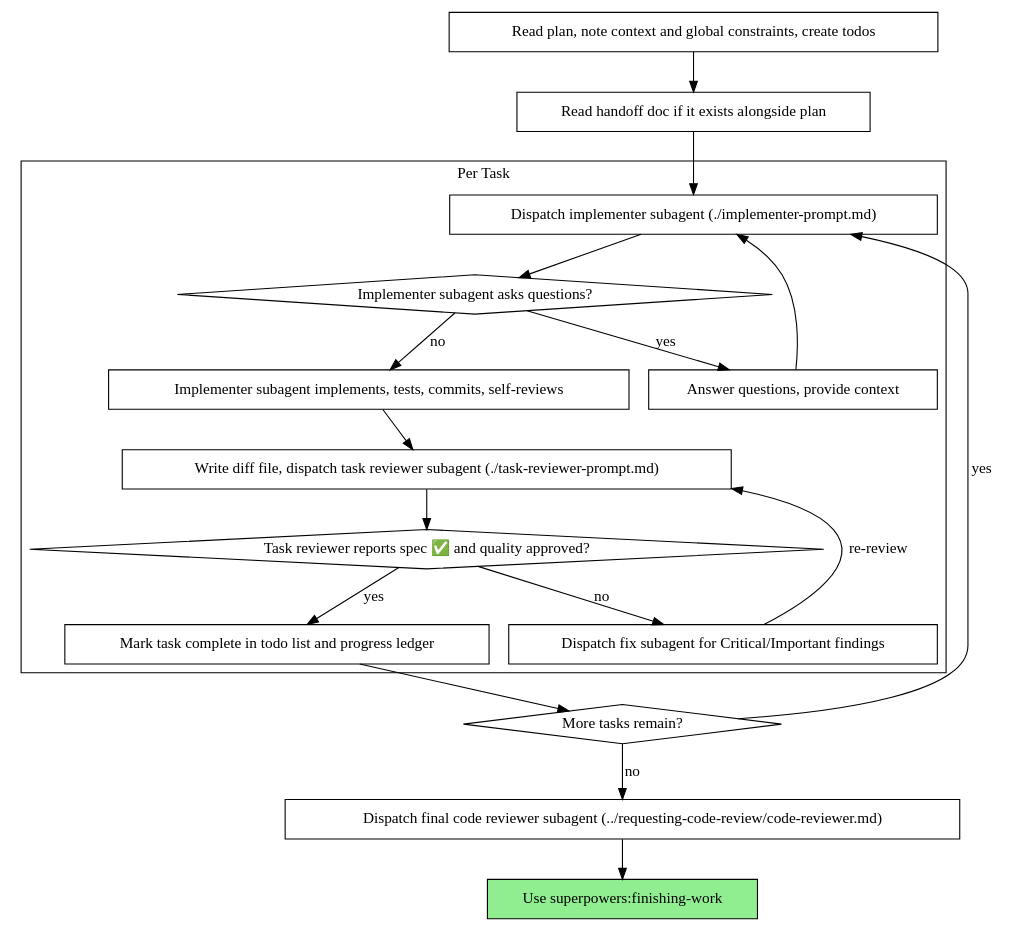
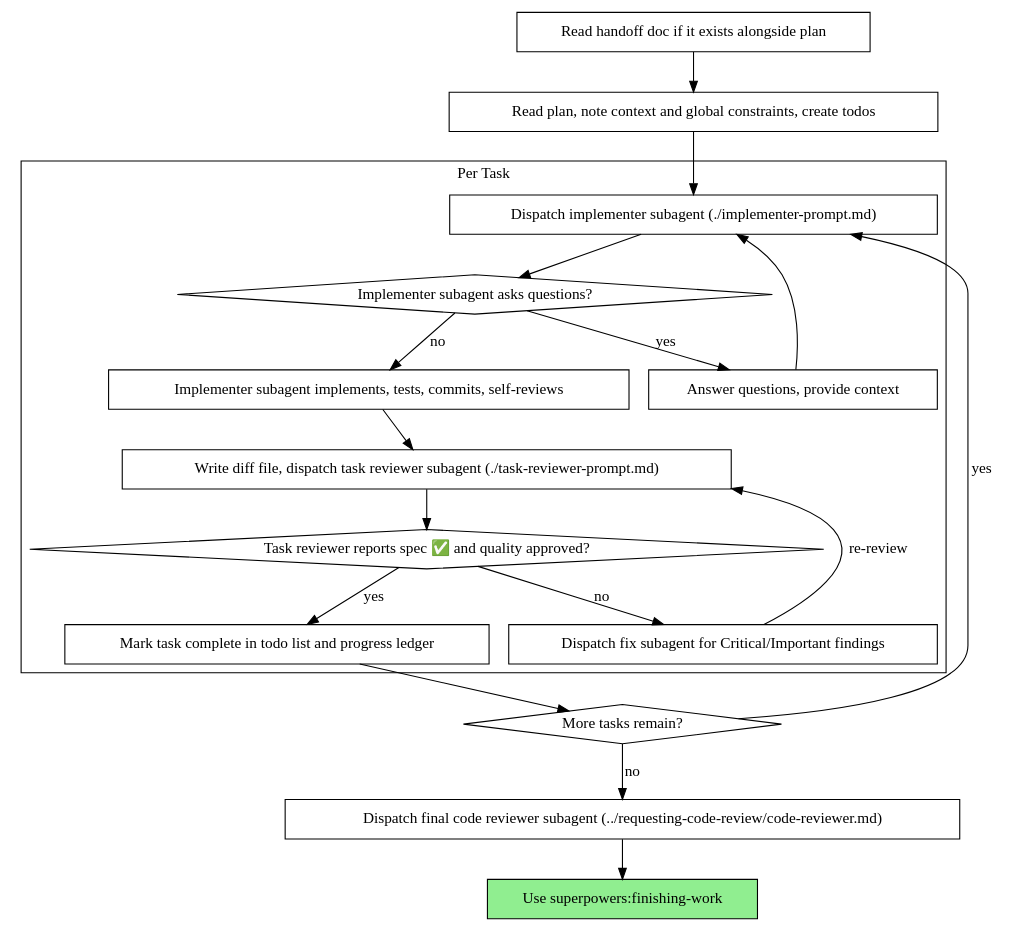
One commit to jackscan/superpowers changed the second of 2 diagrams in skills/subagent-driven-development/SKILL.md. Above: the diagram before and after it, drawn with Graphviz. The commit also changed other lines of this file and 2 other files, not shown here.

Commit message:
fix: align handoff-before-plan reading order across skills

````diff
--- a/skills/subagent-driven-development/SKILL.md
+++ b/skills/subagent-driven-development/SKILL.md
@@ -47,39 +47,39 @@
 ```dot
 digraph process {
     rankdir=TB;
 
     subgraph cluster_per_task {
         label="Per Task";
         "Dispatch implementer subagent (./implementer-prompt.md)" [shape=box];
         "Implementer subagent asks questions?" [shape=diamond];
         "Answer questions, provide context" [shape=box];
         "Implementer subagent implements, tests, commits, self-reviews" [shape=box];
         "Write diff file, dispatch task reviewer subagent (./task-reviewer-prompt.md)" [shape=box];
         "Task reviewer reports spec ✅ and quality approved?" [shape=diamond];
         "Dispatch fix subagent for Critical/Important findings" [shape=box];
         "Mark task complete in todo list and progress ledger" [shape=box];
     }
 
+    "Read handoff doc if it exists alongside plan" [shape=box];
     "Read plan, note context and global constraints, create todos" [shape=box];
-    "Read handoff doc if it exists alongside plan" [shape=box];
     "More tasks remain?" [shape=diamond];
     "Dispatch final code reviewer subagent (../requesting-code-review/code-reviewer.md)" [shape=box];
     "Use superpowers:finishing-work" [shape=box style=filled fillcolor=lightgreen];
 
-    "Read plan, note context and global constraints, create todos" -> "Read handoff doc if it exists alongside plan";
-    "Read handoff doc if it exists alongside plan" -> "Dispatch implementer subagent (./implementer-prompt.md)";
+    "Read handoff doc if it exists alongside plan" -> "Read plan, note context and global constraints, create todos";
+    "Read plan, note context and global constraints, create todos" -> "Dispatch implementer subagent (./implementer-prompt.md)";
     "Dispatch implementer subagent (./implementer-prompt.md)" -> "Implementer subagent asks questions?";
     "Implementer subagent asks questions?" -> "Answer questions, provide context" [label="yes"];
     "Answer questions, provide context" -> "Dispatch implementer subagent (./implementer-prompt.md)";
     "Implementer subagent asks questions?" -> "Implementer subagent implements, tests, commits, self-reviews" [label="no"];
     "Implementer subagent implements, tests, commits, self-reviews" -> "Write diff file, dispatch task reviewer subagent (./task-reviewer-prompt.md)";
     "Write diff file, dispatch task reviewer subagent (./task-reviewer-prompt.md)" -> "Task reviewer reports spec ✅ and quality approved?";
     "Task reviewer reports spec ✅ and quality approved?" -> "Dispatch fix subagent for Critical/Important findings" [label="no"];
     "Dispatch fix subagent for Critical/Important findings" -> "Write diff file, dispatch task reviewer subagent (./task-reviewer-prompt.md)" [label="re-review"];
     "Task reviewer reports spec ✅ and quality approved?" -> "Mark task complete in todo list and progress ledger" [label="yes"];
     "Mark task complete in todo list and progress ledger" -> "More tasks remain?";
     "More tasks remain?" -> "Dispatch implementer subagent (./implementer-prompt.md)" [label="yes"];
     "More tasks remain?" -> "Dispatch final code reviewer subagent (../requesting-code-review/code-reviewer.md)" [label="no"];
     "Dispatch final code reviewer subagent (../requesting-code-review/code-reviewer.md)" -> "Use superpowers:finishing-work";
 }
 ```
````
